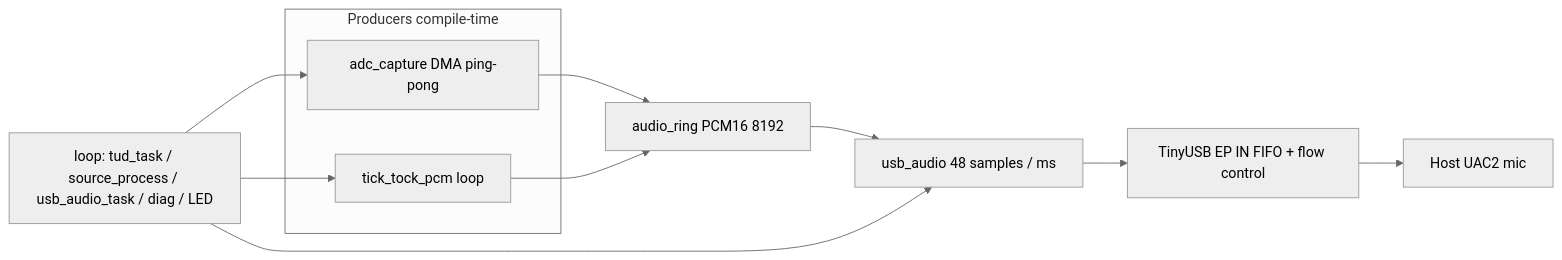
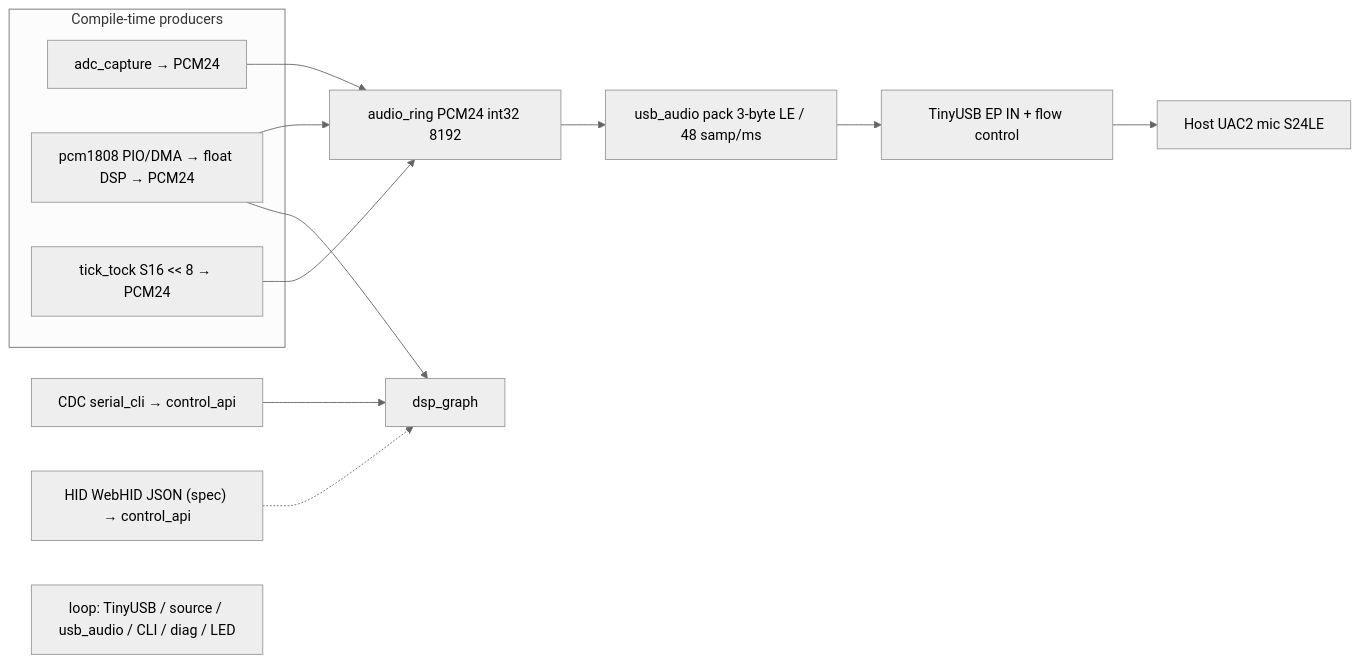
Before and after one commit to futurexdesign/Watchgrapher-Firmware: the diagram in docs/AS_BUILT_ARCHITECTURE.md, drawn with Mermaid (neutral theme). The commit also changed other lines of this file and 97 other files, not shown here.

Commit message:
DSP implementation.  USB HID support for Notebook (or other timegraphers?)

````diff
--- a/docs/AS_BUILT_ARCHITECTURE.md
+++ b/docs/AS_BUILT_ARCHITECTURE.md
@@ -104,16 +127,18 @@
 ```mermaid
 flowchart LR
-  subgraph producers [Producers compile-time]
-    ADC["adc_capture DMA ping-pong"]
-    Synth["tick_tock_pcm loop"]
+  subgraph producers [Compile-time producers]
+    ADC["adc_capture → PCM24"]
+    PCM["pcm1808 PIO/DMA → float DSP → PCM24"]
+    Synth["tick_tock S16 << 8 → PCM24"]
   end
-  ADC --> Ring["audio_ring PCM16 8192"]
+  ADC --> Ring["audio_ring PCM24 int32 8192"]
+  PCM --> Ring
   Synth --> Ring
-  Ring --> Feed["usb_audio 48 samples / ms"]
-  Feed --> TU["TinyUSB EP IN FIFO + flow control"]
-  TU --> Host["Host UAC2 mic"]
-  Main["loop: tud_task / source_process / usb_audio_task / diag / LED"]
-  Main --> Feed
-  Main --> Synth
-  Main --> ADC
+  Ring --> Feed["usb_audio pack 3-byte LE / 48 samp/ms"]
+  Feed --> TU["TinyUSB EP IN + flow control"]
+  TU --> Host["Host UAC2 mic S24LE"]
+  CLI["CDC serial_cli → control_api"] --> DSP["dsp_graph"]
+  HID["HID WebHID JSON (spec) → control_api"] -.-> DSP
+  PCM --> DSP
+  Main["loop: TinyUSB / source / usb_audio / CLI / diag / LED"]
 ```
````
